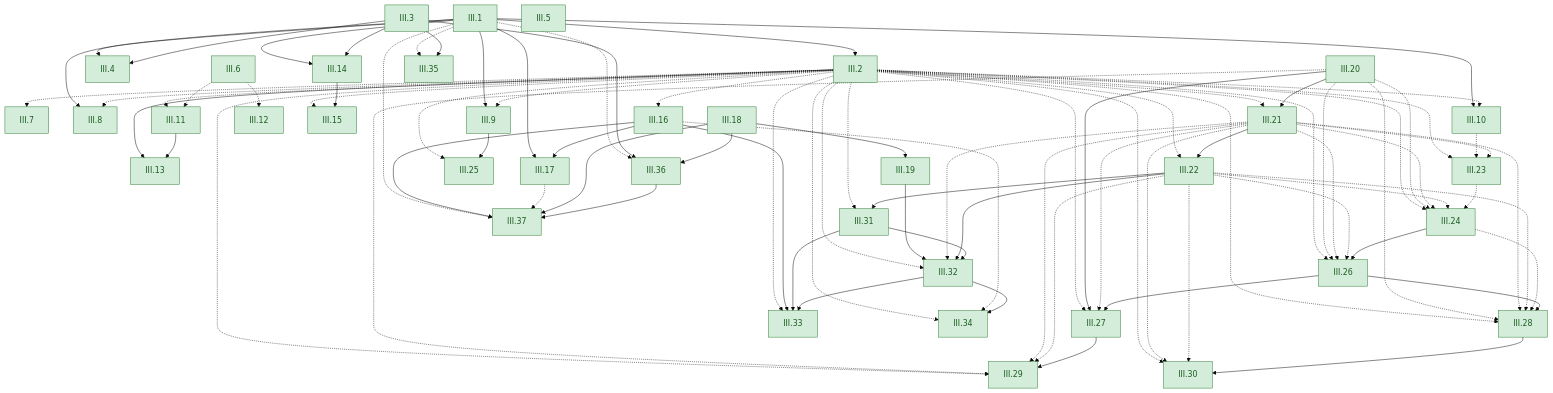
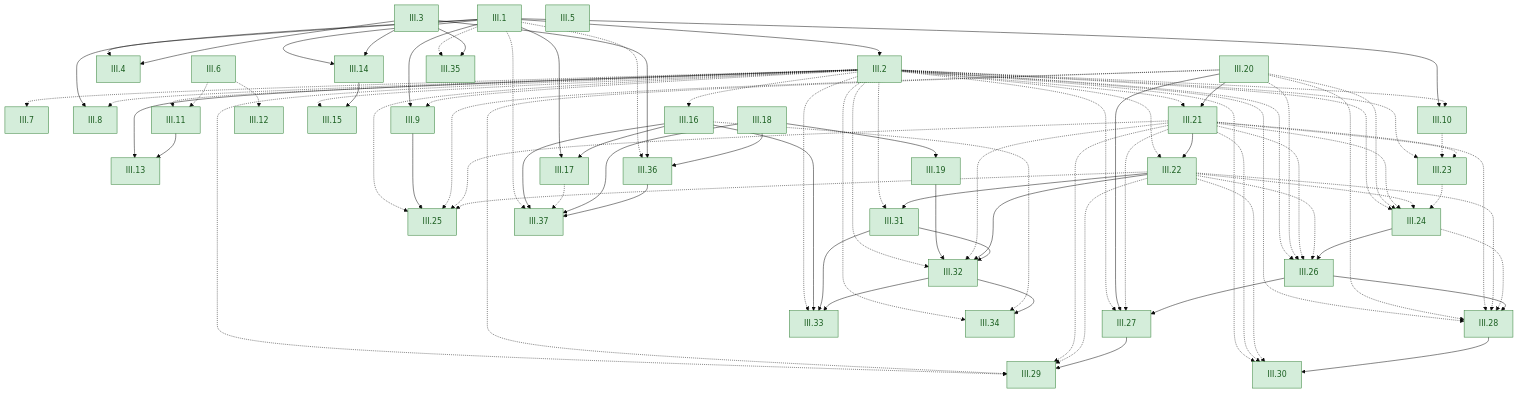
Before and after one commit to dodecaplex-co/stoicheia: the sixth of 6 diagrams in GRAPH.md, drawn with Mermaid (base theme). The commit also changed other lines of this file and 32 other files, not shown here.

```diff
--- a/GRAPH.md
+++ b/GRAPH.md
@@ -833,6 +833,9 @@
   III23 -.-> III24
   III2 -.-> III25
   III9 --> III25
+  III20 -.-> III25
+  III21 -.-> III25
+  III22 -.-> III25
   III2 -.-> III26
   III20 -.-> III26
   III21 -.-> III26
```
